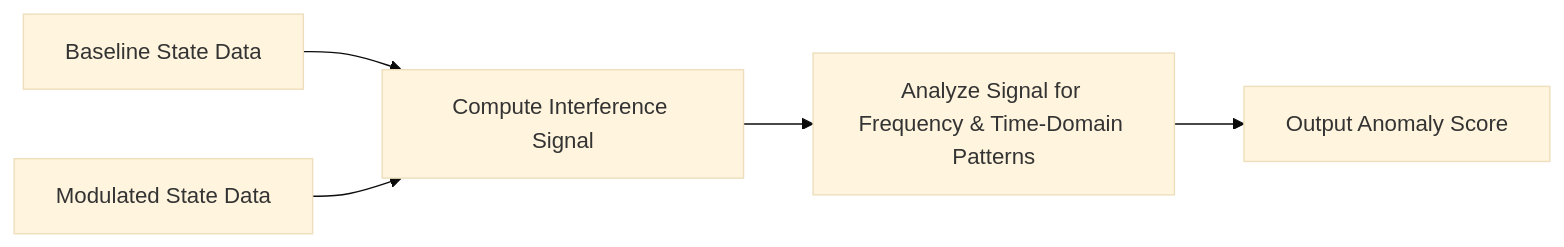
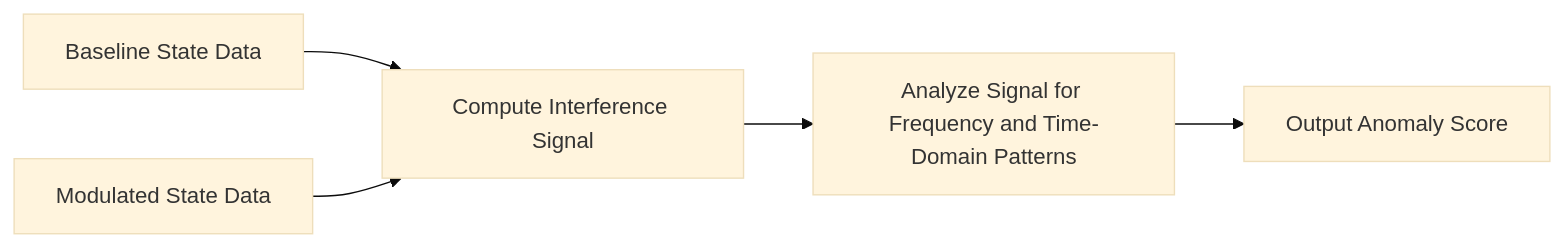
The ninth of 13 diagrams in WSP_knowledge/docs/Papers/Patent_Series/04_rESP_Patent_Updated.md (Foundup/Foundups-Agent), drawn with Mermaid (base theme) before and after one commit. The commit also changed other lines of this file, not shown here.

Commit message:
WSP 20: Fix FIG. 1 ampersand parsing error - Replace all & with 'and' and wrap operators in quotes - FIG. 1: '^' and '#' now properly quoted - FIG. 9: Frequency and Time-Domain - FIG. 13: Hashing and Key Derivation - All ampersands causing Mermaid parsing errors resolved

````diff
--- a/WSP_knowledge/docs/Papers/Patent_Series/04_rESP_Patent_Updated.md
+++ b/WSP_knowledge/docs/Papers/Patent_Series/04_rESP_Patent_Updated.md
@@ -285,6 +285,6 @@
 ```mermaid
 flowchart LR
     A["Baseline State Data"] --> C["Compute Interference Signal"]
     B["Modulated State Data"] --> C
-    C --> D["Analyze Signal for Frequency & Time-Domain Patterns"] --> E["Output Anomaly Score"]
+    C --> D["Analyze Signal for Frequency and Time-Domain Patterns"] --> E["Output Anomaly Score"]
 ```
````
